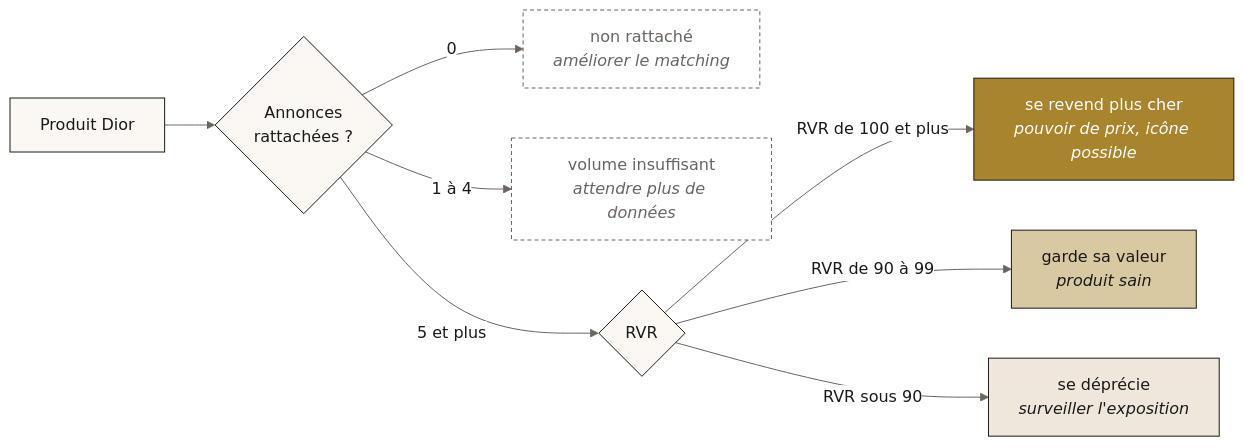
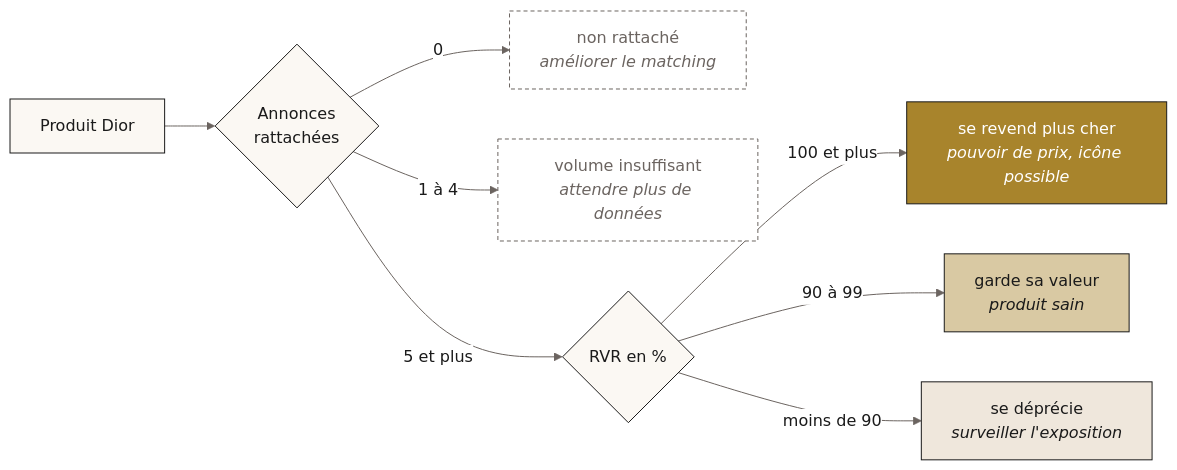
One commit to MosesKing/dior-rvr-dbt changed the second of 3 diagrams in README.md. Above: the diagram before and after it, drawn with Mermaid. The commit also changed other lines of this file and 1 other file, not shown here.

Commit message:
README: fix truncated diagram labels

````diff
--- a/README.md
+++ b/README.md
@@ -116,20 +116,20 @@
 ```mermaid
-%%{init: {'theme':'base','themeVariables':{'primaryColor':'#FBF8F3','primaryBorderColor':'#1A1A1A','primaryTextColor':'#1A1A1A','lineColor':'#6B6460','clusterBkg':'#F4EFE7','clusterBorder':'#D9D2C7','edgeLabelBackground':'#FFFFFF','fontFamily':'Helvetica, Arial, sans-serif'}}}%%
+%%{init: {'theme':'base','themeVariables':{'primaryColor':'#FBF8F3','primaryBorderColor':'#1A1A1A','primaryTextColor':'#1A1A1A','lineColor':'#6B6460','clusterBkg':'#F4EFE7','clusterBorder':'#D9D2C7','edgeLabelBackground':'#FFFFFF'}}}%%
 flowchart LR
-    A[Produit Dior] --> B{Annonces<br/>rattachées ?}
+    A[Produit Dior] --> B{Annonces<br/>rattachées}
     B -- 0 --> C[non rattaché<br/><i>améliorer le matching</i>]
     B -- 1 à 4 --> D[volume insuffisant<br/><i>attendre plus de données</i>]
-    B -- 5 et plus --> E{RVR}
-    E -- "RVR de 100 et plus" --> F[se revend plus cher<br/><i>pouvoir de prix, icône possible</i>]
-    E -- "RVR de 90 à 99" --> G[garde sa valeur<br/><i>produit sain</i>]
-    E -- "RVR sous 90" --> H[se déprécie<br/><i>surveiller l'exposition</i>]
+    B -- 5 et plus --> E{RVR en %}
+    E -- "100 et plus" --> F[se revend plus cher<br/><i>pouvoir de prix, icône possible</i>]
+    E -- "90 à 99" --> G[garde sa valeur<br/><i>produit sain</i>]
+    E -- "moins de 90" --> H[se déprécie<br/><i>surveiller l'exposition</i>]
 
     classDef up fill:#A8842C,stroke:#1A1A1A,color:#FFFFFF
     classDef keep fill:#D9C9A3,stroke:#1A1A1A,color:#1A1A1A
     classDef down fill:#EFE7DC,stroke:#1A1A1A,color:#1A1A1A
     classDef wait fill:#FFFFFF,stroke:#6B6460,color:#6B6460,stroke-dasharray: 4 3
     class F up
     class G keep
     class H down
     class C,D wait
 ```
````
